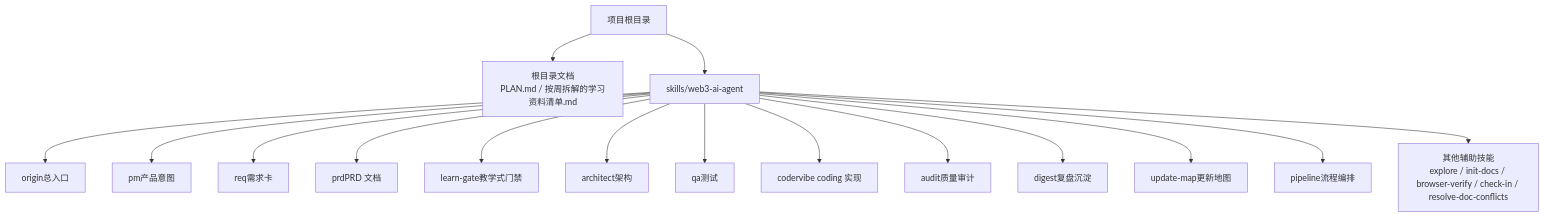
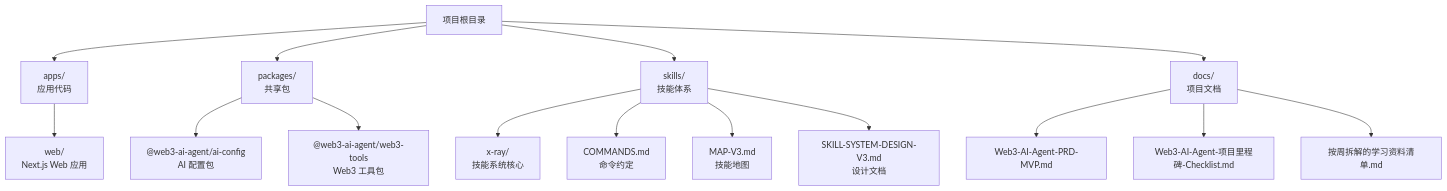
The first of 6 diagrams in .qoder/repowiki/zh/content/快速开始.md (CryptoLinxu/Web3-AI-Agent), drawn with Mermaid before and after one commit. The commit also changed other lines of this file and 15 other files, not shown here.

````diff
--- a/.qoder/repowiki/zh/content/快速开始.md
+++ b/.qoder/repowiki/zh/content/快速开始.md
@@ -55,18 +60,17 @@
 ```mermaid
 graph TB
-root["项目根目录"] --> docs["根目录文档<br/>PLAN.md / 按周拆解的学习资料清单.md"]
-root --> skills["skills/web3-ai-agent"]
-skills --> origin["origin总入口"]
-skills --> pm["pm产品意图"]
-skills --> req["req需求卡"]
-skills --> prd["prdPRD 文档"]
-skills --> learn_gate["learn-gate教学式门禁"]
-skills --> architect["architect架构"]
-skills --> qa["qa测试"]
-skills --> coder["codervibe coding 实现"]
-skills --> audit["audit质量审计"]
-skills --> digest["digest复盘沉淀"]
-skills --> update_map["update-map更新地图"]
-skills --> pipeline["pipeline流程编排"]
-skills --> others["其他辅助技能<br/>explore / init-docs / browser-verify / check-in / resolve-doc-conflicts"]
+root["项目根目录"] --> apps["apps/<br/>应用代码"]
+apps --> web["web/<br/>Next.js Web 应用"]
+root --> packages["packages/<br/>共享包"]
+packages --> ai_config["@web3-ai-agent/ai-config<br/>AI 配置包"]
+packages --> web3_tools["@web3-ai-agent/web3-tools<br/>Web3 工具包"]
+root --> skills["skills/<br/>技能体系"]
+skills --> x_ray["x-ray/<br/>技能系统核心"]
+skills --> commands["COMMANDS.md<br/>命令约定"]
+skills --> map_v3["MAP-V3.md<br/>技能地图"]
+skills --> design_v3["SKILL-SYSTEM-DESIGN-V3.md<br/>设计文档"]
+root --> docs["docs/<br/>项目文档"]
+docs --> prd["Web3-AI-Agent-PRD-MVP.md"]
+docs --> milestone["Web3-AI-Agent-项目里程碑-Checklist.md"]
+docs --> learning_plan["按周拆解的学习资料清单.md"]
 ```
````
